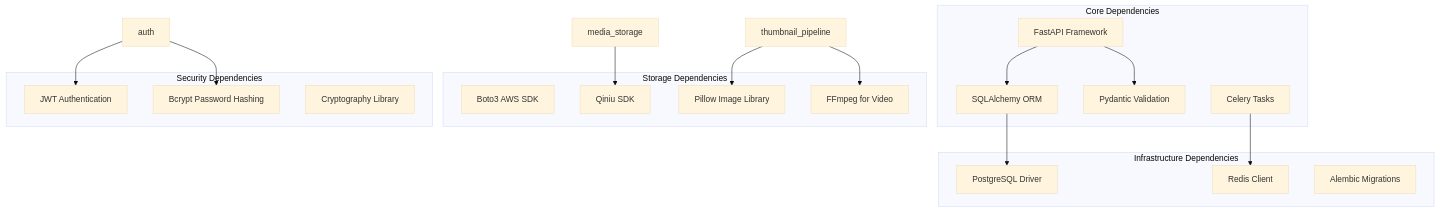
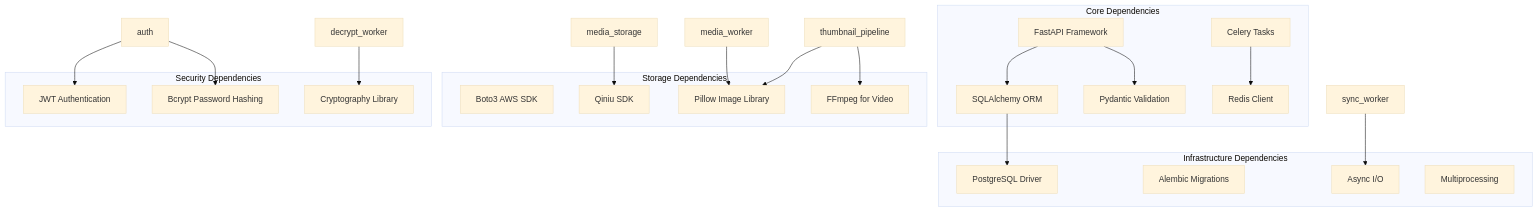
Diagram 13 of 13 in .qoder/repowiki/en/content/Architecture/Architecture.md (zuohaisu/wecom-archive), drawn with Mermaid (base theme) before and after one commit. The commit also changed other lines of this file and 90 other files, not shown here.

````diff
--- a/.qoder/repowiki/en/content/Architecture/Architecture.md
+++ b/.qoder/repowiki/en/content/Architecture/Architecture.md
@@ -359,34 +570,39 @@
 ```mermaid
 graph TB
 subgraph "Core Dependencies"
 fastapi[FastAPI Framework]
 sqlalchemy[SQLAlchemy ORM]
 pydantic[Pydantic Validation]
 celery[Celery Tasks]
+redis[Redis Client]
 end
 subgraph "Storage Dependencies"
 boto3[Boto3 AWS SDK]
 qiniu_client[Qiniu SDK]
 pillow[Pillow Image Library]
 ffmpeg[FFmpeg for Video]
 end
 subgraph "Security Dependencies"
 jwt[JWT Authentication]
 bcrypt[Bcrypt Password Hashing]
 cryptography[Cryptography Library]
 end
 subgraph "Infrastructure Dependencies"
 psycopg2[PostgreSQL Driver]
-redis[Redis Client]
 alembic[Alembic Migrations]
+asyncio[Async I/O]
+multiprocessing[Multiprocessing]
 end
 fastapi --> sqlalchemy
 fastapi --> pydantic
 sqlalchemy --> psycopg2
 celery --> redis
 media_storage --> qiniu_client
 thumbnail_pipeline --> pillow
 thumbnail_pipeline --> ffmpeg
 auth --> jwt
 auth --> bcrypt
+decrypt_worker --> cryptography
+media_worker --> pillow
+sync_worker --> asyncio
 ```
````
